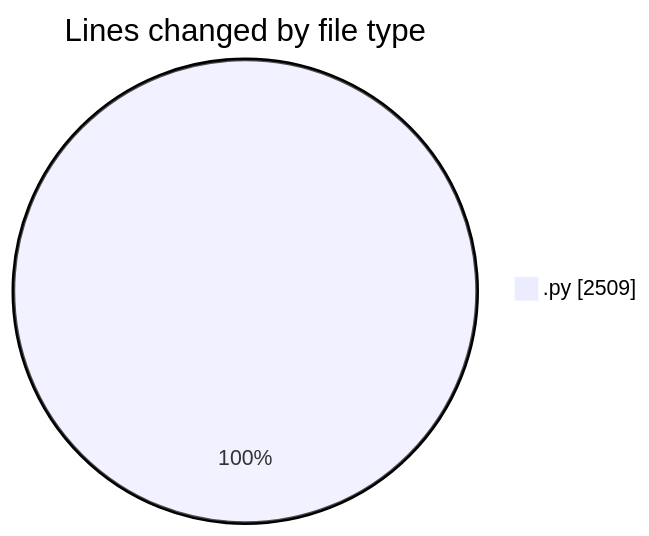
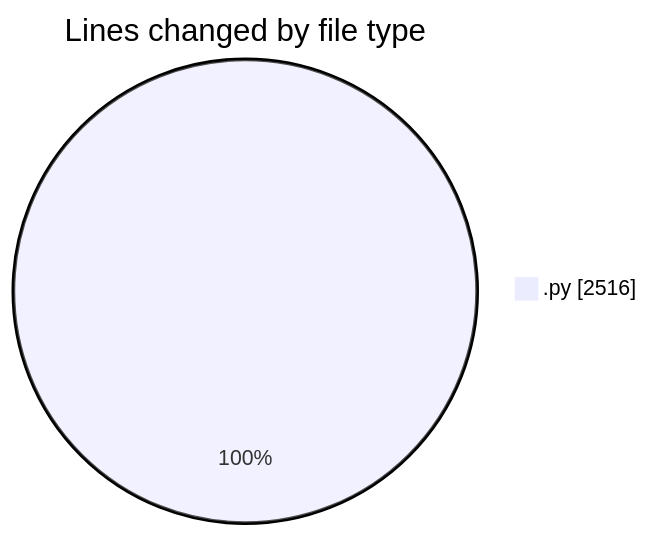
Before and after one commit to Ritupan-Deka/code-tracking: the first of 2 diagrams in 2026-01-11/dsa/README.md, drawn with Mermaid. The commit also changed other lines of this file and 1 other file, not shown here.

````diff
--- a/2026-01-11/dsa/README.md
+++ b/2026-01-11/dsa/README.md
@@ -21,5 +21,5 @@
 ```mermaid
 pie showData
 title Lines changed by file type
-".py" : 2509
+".py" : 2516
 ```
````
